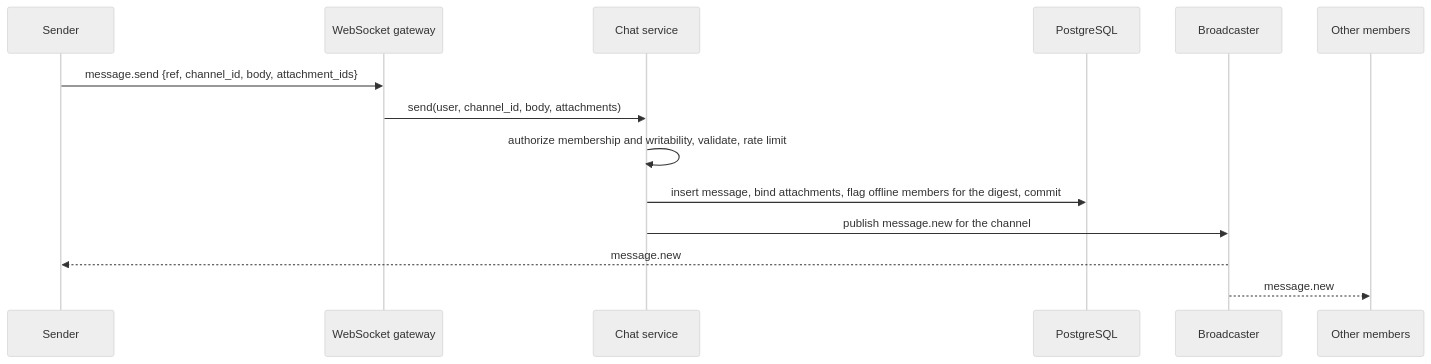
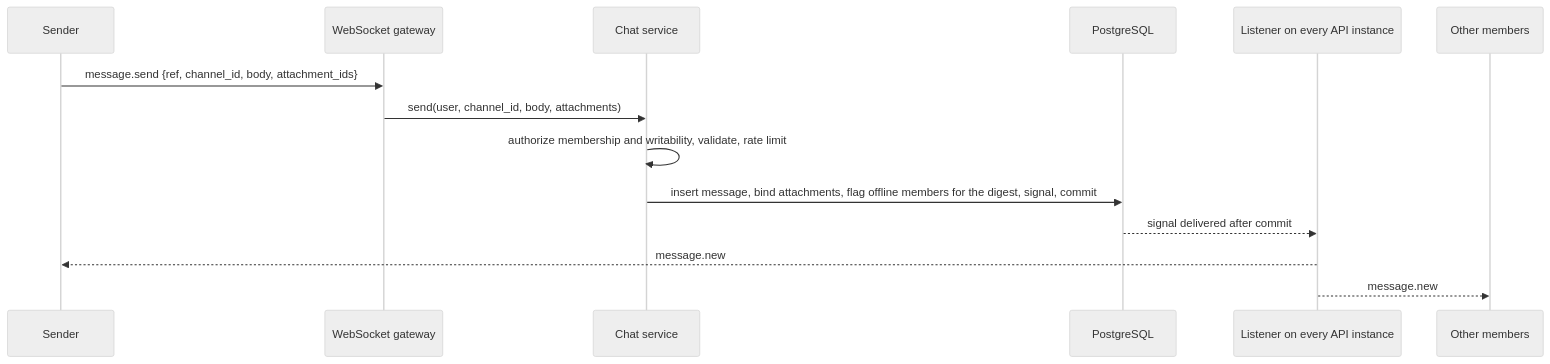
Before and after one commit to klukashka/ovc: the first of 3 diagrams in knowledge/specs/realtime-and-video.md, drawn with Mermaid (neutral theme). The commit also changed other lines of this file and 15 other files, not shown here.

````diff
--- a/knowledge/specs/realtime-and-video.md
+++ b/knowledge/specs/realtime-and-video.md
@@ -74,16 +147,16 @@
 ```mermaid
 sequenceDiagram
   participant A as Sender
   participant GW as WebSocket gateway
   participant SVC as Chat service
   participant DB as PostgreSQL
-  participant BC as Broadcaster
+  participant BC as Listener on every API instance
   participant B as Other members
   A->>GW: message.send {ref, channel_id, body, attachment_ids}
   GW->>SVC: send(user, channel_id, body, attachments)
   SVC->>SVC: authorize membership and writability, validate, rate limit
-  SVC->>DB: insert message, bind attachments, flag offline members for the digest, commit
-  SVC->>BC: publish message.new for the channel
+  SVC->>DB: insert message, bind attachments, flag offline members for the digest, signal, commit
+  DB-->>BC: signal delivered after commit
   BC-->>A: message.new
   BC-->>B: message.new
 ```
````
